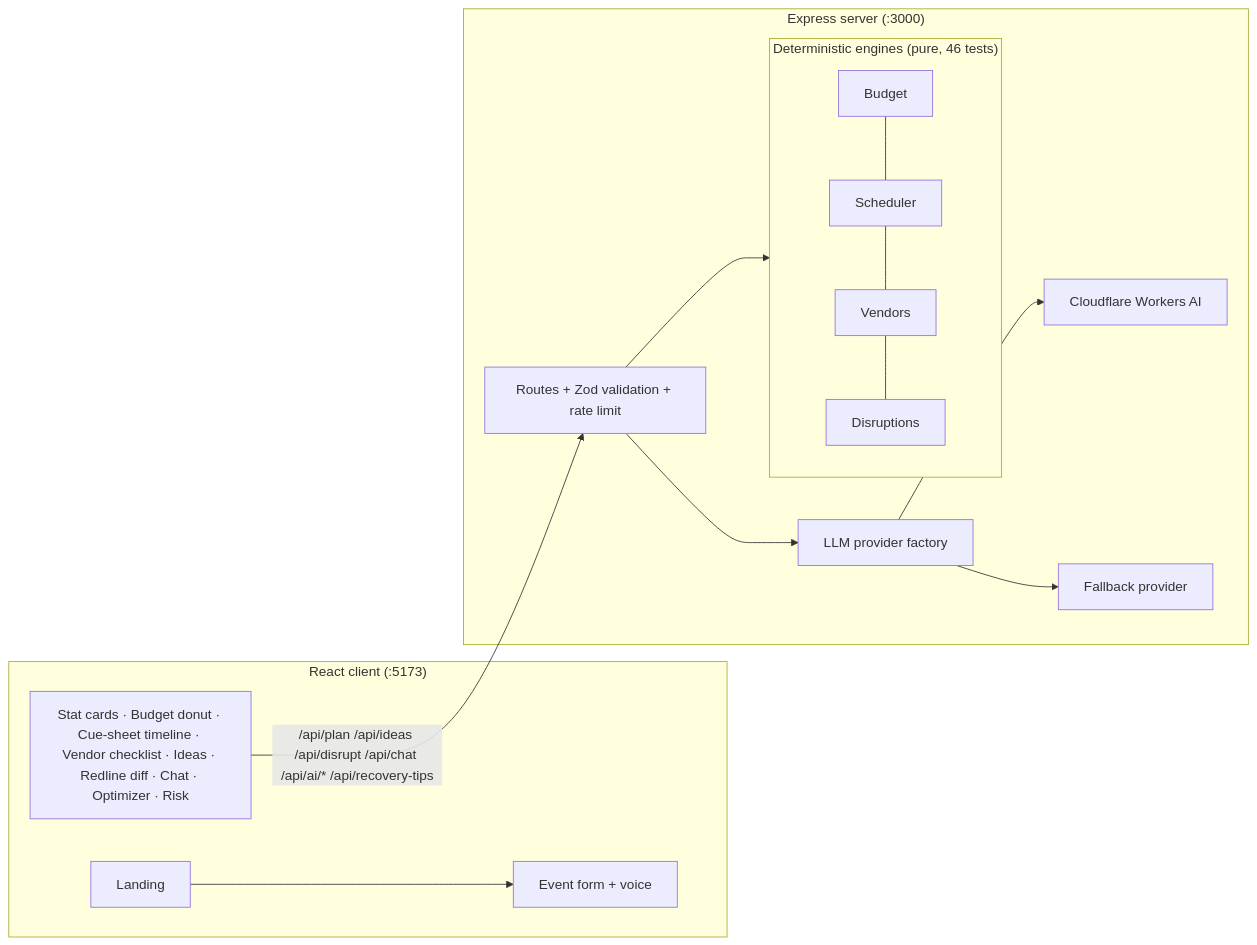
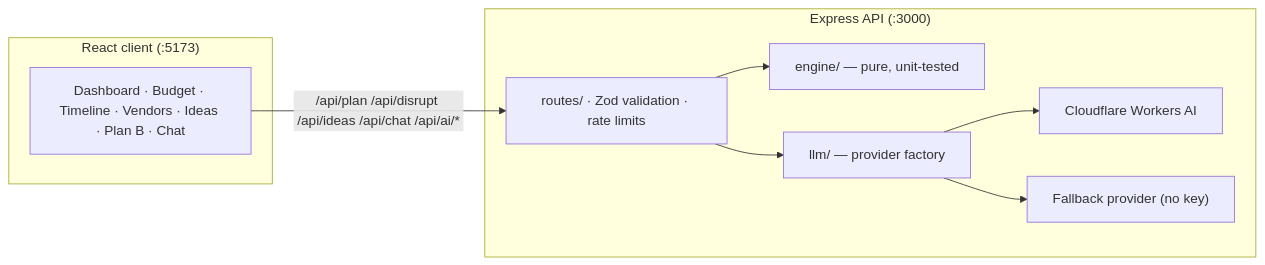
The diagram in README.md (Puneet04-tech/Plan-B), drawn with Mermaid before and after one commit. The commit also changed other lines of this file and 97 other files, not shown here.

````diff
--- a/README.md
+++ b/README.md
@@ -154,17 +37,16 @@
 ```mermaid
 flowchart LR
   subgraph client["React client (:5173)"]
-    landing[Landing] --> form[Event form + voice]
-    ui[Stat cards · Budget donut · Cue-sheet timeline · Vendor checklist · Ideas · Redline diff · Chat · Optimizer · Risk]
+    ui[Dashboard · Budget · Timeline · Vendors · Ideas · Plan B · Chat]
   end
-  subgraph server["Express server (:3000)"]
-    routes[Routes + Zod validation + rate limit] --> engines
-    subgraph engines["Deterministic engines (pure, 46 tests)"]
-      budget[Budget] --- sched[Scheduler] --- vend[Vendors] --- disr[Disruptions]
-    end
-    routes --> llm[LLM provider factory]
+  subgraph server["Express API (:3000)"]
+    routes["routes/ · Zod validation · rate limits"]
+    engines["engine/ — pure, unit-tested"]
+    llm["llm/ — provider factory"]
+    routes --> engines
+    routes --> llm
     llm --> cf[Cloudflare Workers AI]
-    llm --> fb[Fallback provider]
+    llm --> fb["Fallback provider (no key)"]
   end
-  ui -->|/api/plan /api/ideas /api/disrupt /api/chat /api/ai/* /api/recovery-tips| routes
+  ui -->|"/api/plan /api/disrupt /api/ideas /api/chat /api/ai/*"| routes
 ```
````
